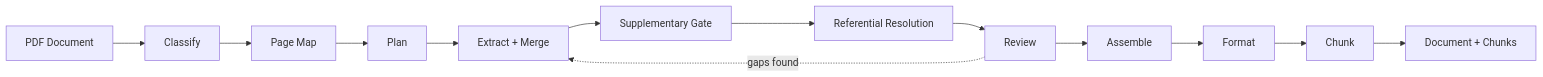
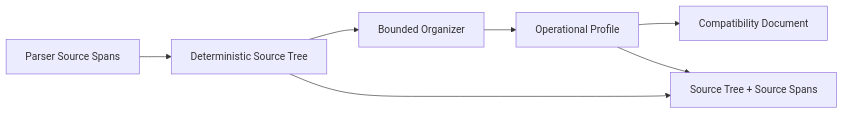
Before and after one commit to claritylabs-inc/cl-sdk: the first of 4 diagrams in docs-pkg/getting-started/architecture.mdx, drawn with Mermaid. The commit also changed other lines of this file and 24 other files, not shown here.

First line of the commit message:
feat!: introduce source-tree extraction v3

````diff
--- a/docs-pkg/getting-started/architecture.mdx
+++ b/docs-pkg/getting-started/architecture.mdx
@@ -12,15 +12,9 @@
 ```mermaid
 flowchart LR
-  PDF[PDF Document] --> CL[Classify]
-  CL --> PM[Page Map]
-  PM --> PL[Plan]
-  PL --> EX[Extract + Merge]
-  EX --> SUP[Supplementary Gate]
-  SUP --> REF[Referential Resolution]
-  REF --> RV[Review]
-  RV --> AS[Assemble]
-  RV -.->|gaps found| EX
-  AS --> FMT[Format]
-  FMT --> CHK[Chunk]
-  CHK --> OUT[Document + Chunks]
+  PDF[Parser Source Spans] --> TREE[Deterministic Source Tree]
+  TREE --> ORG[Bounded Organizer]
+  ORG --> PROF[Operational Profile]
+  PROF --> PROJ[Compatibility Document]
+  TREE --> OUT[Source Tree + Source Spans]
+  PROF --> OUT
 ```
````
